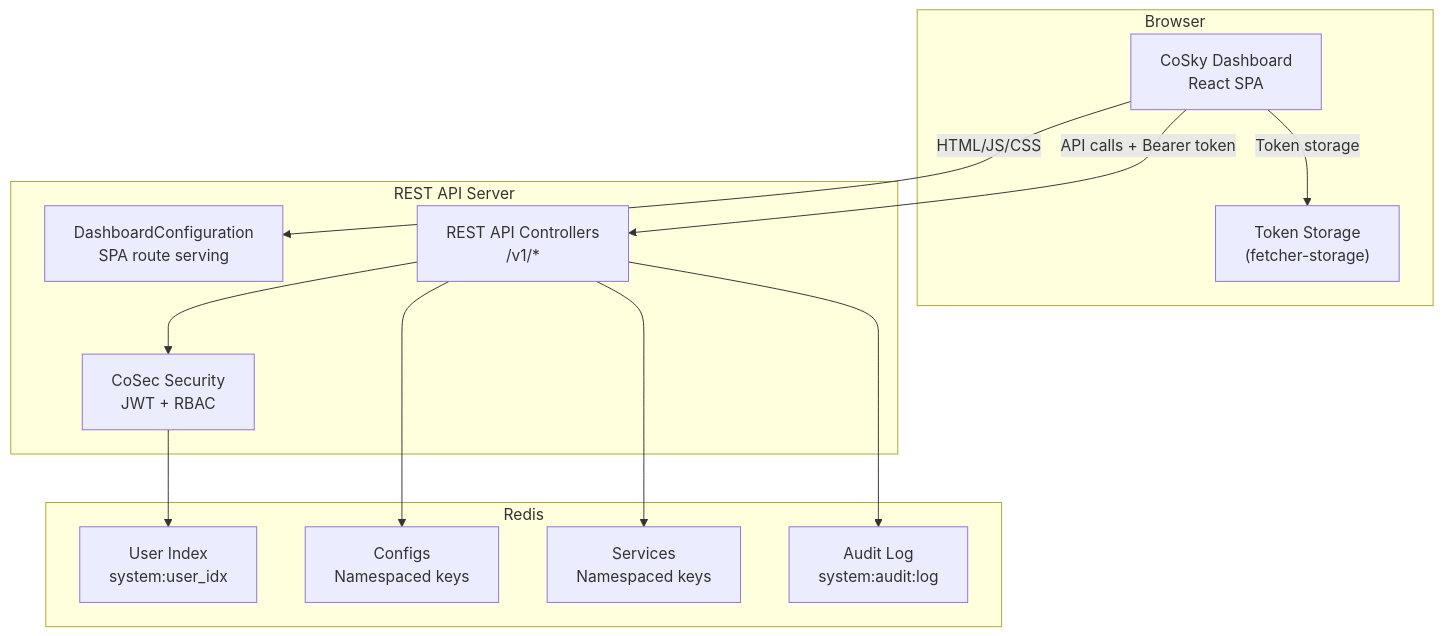
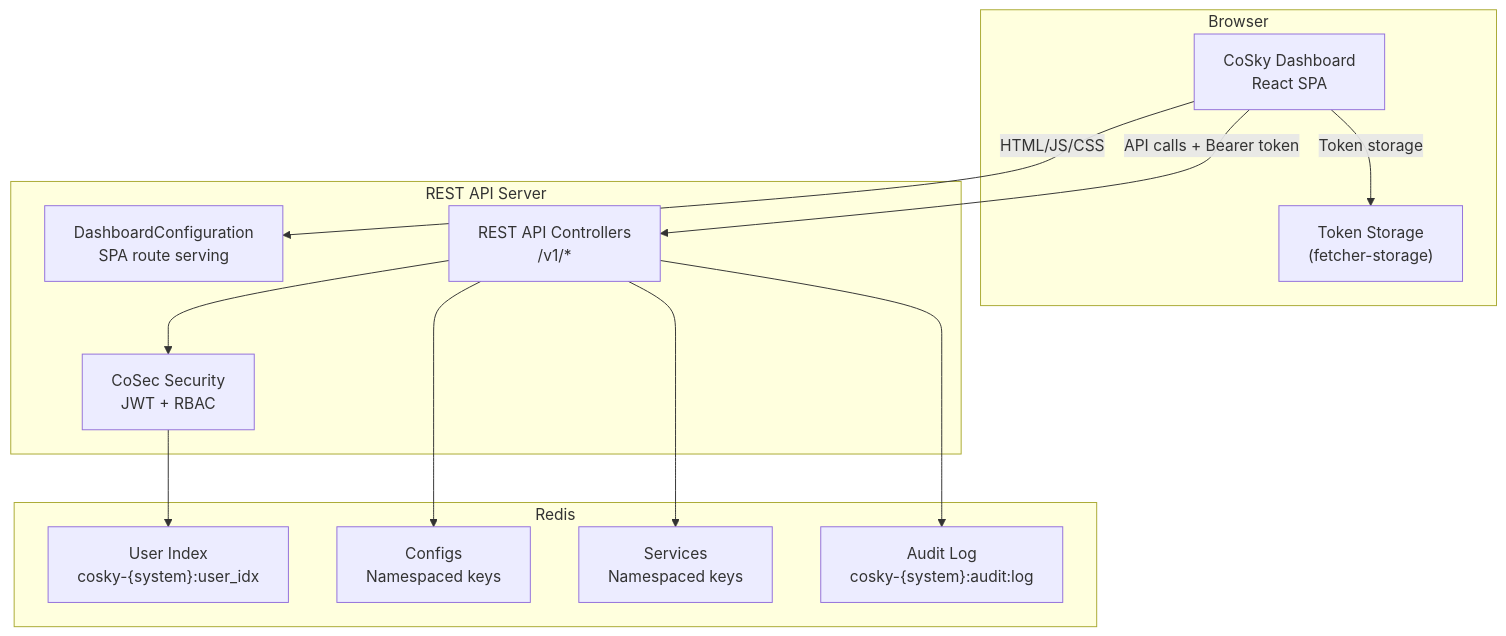
One commit to Ahoo-Wang/CoSky changed the first of 3 diagrams in wiki/guide/dashboard.md. Above: the diagram before and after it, drawn with Mermaid. The commit also changed other lines of this file and 36 other files, not shown here.

````diff
--- a/wiki/guide/dashboard.md
+++ b/wiki/guide/dashboard.md
@@ -92,29 +101,29 @@
 ```mermaid
 flowchart TD
     subgraph "Browser"
         SPA["CoSky Dashboard<br>React SPA"]
         TokenStore["Token Storage<br>(fetcher-storage)"]
     end
 
     subgraph "REST API Server"
         DashboardConfig["DashboardConfiguration<br>SPA route serving"]
         API["REST API Controllers<br>/v1/*"]
         Security["CoSec Security<br>JWT + RBAC"]
     end
 
     subgraph "Redis"
-        UserRedis["User Index<br>system:user_idx"]
+        UserRedis["User Index<br>cosky-{system}:user_idx"]
         ConfigRedis["Configs<br>Namespaced keys"]
         ServiceRedis["Services<br>Namespaced keys"]
-        AuditRedis["Audit Log<br>system:audit:log"]
+        AuditRedis["Audit Log<br>cosky-{system}:audit:log"]
     end
 
     SPA -->|"HTML/JS/CSS"| DashboardConfig
     SPA -->|"API calls + Bearer token"| API
     SPA -->|"Token storage"| TokenStore
     API --> Security
     Security --> UserRedis
     API --> ConfigRedis
     API --> ServiceRedis
     API --> AuditRedis
 ```
````
